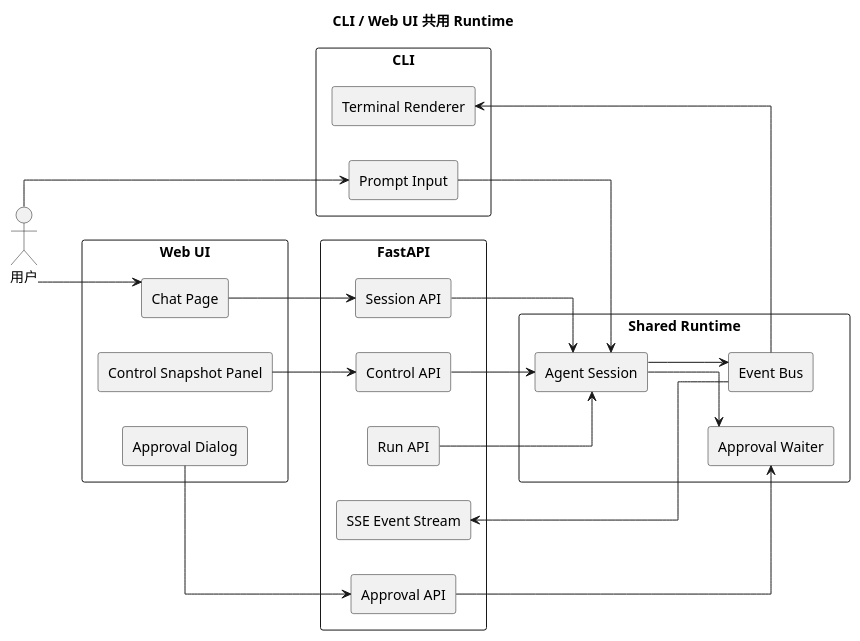
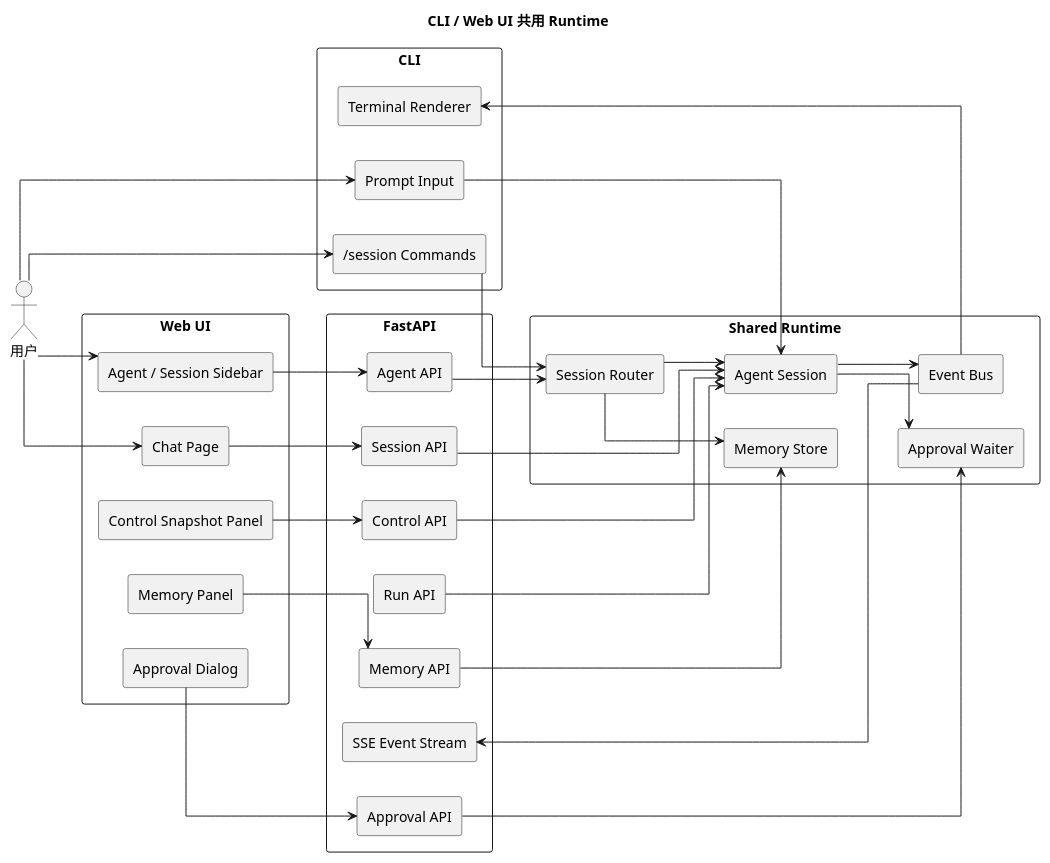
One commit to Amaz1ngJR/AgentLab changed diagram 16 of 16 in docs/technical_architecture.md. Above: the diagram before and after it, drawn with PlantUML. The commit also changed other lines of this file and 11 other files, not shown here.

First line of the commit message:
feat: 实现多 Agent Profile、Session 切换与长期记忆

````diff
--- a/docs/technical_architecture.md
+++ b/docs/technical_architecture.md
@@ -1489,51 +1723,67 @@
 ```plantuml
 @startuml
 title CLI / Web UI 共用 Runtime
 skinparam componentStyle rectangle
 skinparam linetype ortho
 skinparam shadowing false
 left to right direction
 
 actor "用户" as User
 
 rectangle "CLI" as Cli {
   [Prompt Input] as Prompt
+  [/session Commands] as SessionCmd
   [Terminal Renderer] as Term
 }
 
 rectangle "Web UI" as Web {
+  [Agent / Session Sidebar] as Sidebar
   [Chat Page] as ChatPage
+  [Memory Panel] as MemoryPanel
   [Approval Dialog] as ApprovalDialog
   [Control Snapshot Panel] as SnapshotPanel
 }
 
 rectangle "FastAPI" as Api {
+  [Agent API] as AgentApi
   [Session API] as SessionApi
   [Run API] as RunApi
+  [Memory API] as MemoryApi
   [SSE Event Stream] as Sse
   [Approval API] as ApprovalApi
   [Control API] as ControlApi
 }
 
 rectangle "Shared Runtime" as Runtime {
   [Agent Session] as AgentSession
+  [Session Router] as SessionRouter
+  [Memory Store] as MemoryStore
   [Event Bus] as EventBus
   [Approval Waiter] as ApprovalWaiter
 }
 
 User --> Prompt
+User --> SessionCmd
+User --> Sidebar
 User --> ChatPage
 Prompt --> AgentSession
+SessionCmd --> SessionRouter
 Term <-- EventBus
+Sidebar --> AgentApi
 ChatPage --> SessionApi
+MemoryPanel --> MemoryApi
 RunApi --> AgentSession
 Sse <-- EventBus
 ApprovalDialog --> ApprovalApi
 SnapshotPanel --> ControlApi
 SessionApi --> AgentSession
+AgentApi --> SessionRouter
+MemoryApi --> MemoryStore
 ApprovalApi --> ApprovalWaiter
 ControlApi --> AgentSession
+SessionRouter --> AgentSession
+SessionRouter --> MemoryStore
 AgentSession --> EventBus
 AgentSession --> ApprovalWaiter
 @enduml
 ```
````
